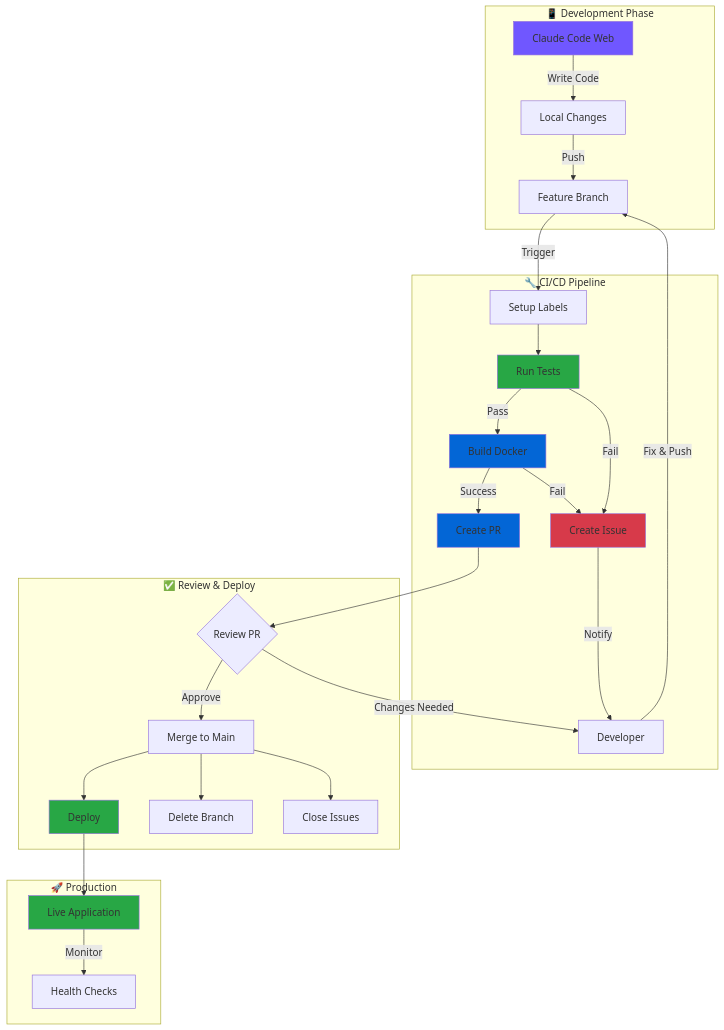
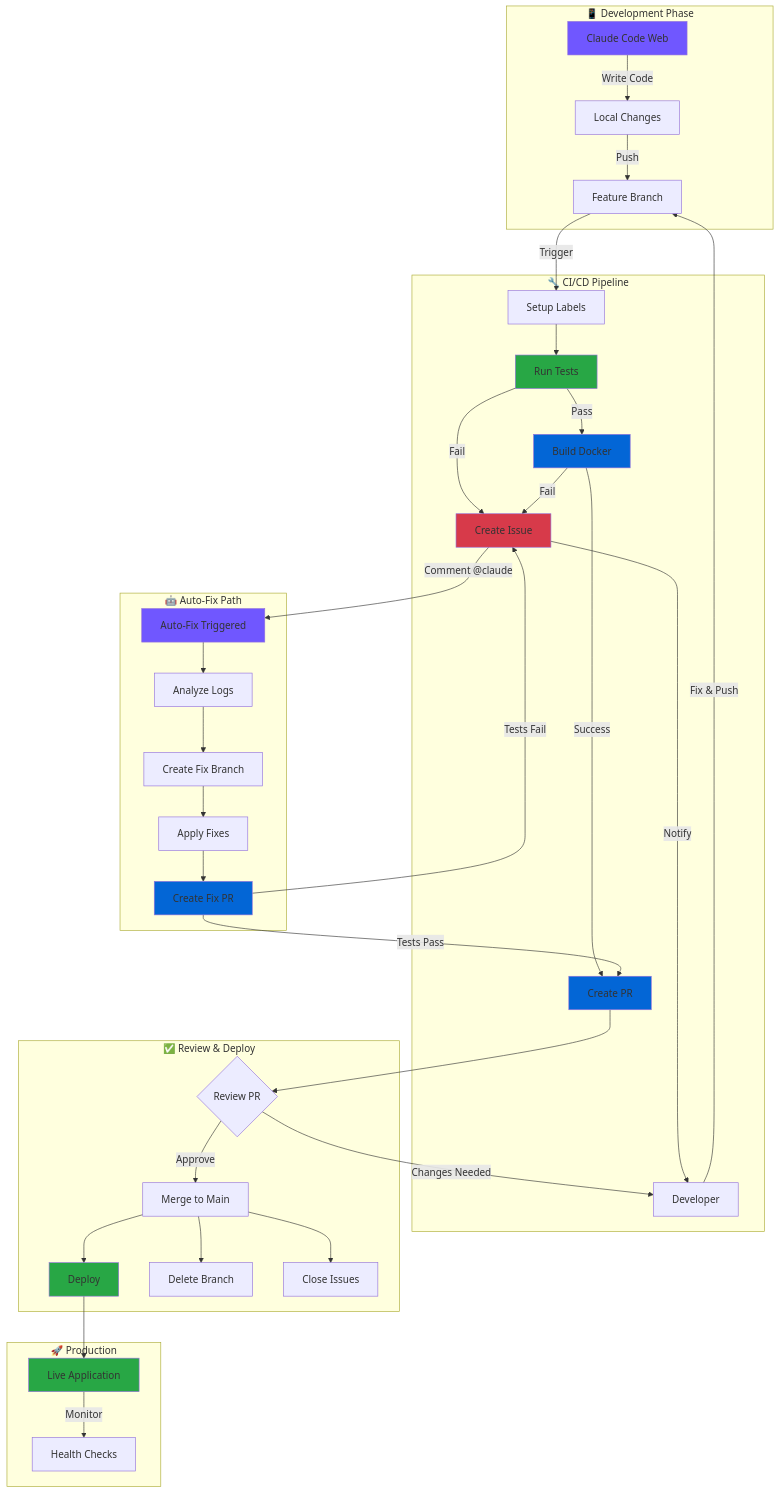
The first of 2 diagrams in README.md (marcmassoteau-jpg/Claude-CI-CD), drawn with Mermaid before and after one commit. The commit also changed other lines of this file and 2 other files, not shown here.

First line of the commit message:
Add @claude auto-fix feature for automatic issue resolution

````diff
--- a/README.md
+++ b/README.md
@@ -99,40 +102,52 @@
 ```mermaid
 graph TB
     subgraph "📱 Development Phase"
         A[Claude Code Web] -->|Write Code| B[Local Changes]
         B -->|Push| C[Feature Branch]
     end
 
     subgraph "🔧 CI/CD Pipeline"
         C -->|Trigger| D[Setup Labels]
         D --> E[Run Tests]
         E -->|Pass| F[Build Docker]
         E -->|Fail| G[Create Issue]
         F -->|Success| H[Create PR]
         F -->|Fail| G
         G -->|Notify| I[Developer]
         I -->|Fix & Push| C
+    end
+
+    subgraph "🤖 Auto-Fix Path"
+        G -->|Comment @claude| Q[Auto-Fix Triggered]
+        Q --> R[Analyze Logs]
+        R --> S[Create Fix Branch]
+        S --> T[Apply Fixes]
+        T --> U[Create Fix PR]
+        U -->|Tests Pass| H
+        U -->|Tests Fail| G
     end
 
     subgraph "✅ Review & Deploy"
         H --> J{Review PR}
         J -->|Approve| K[Merge to Main]
         J -->|Changes Needed| I
         K --> L[Deploy]
         K --> M[Delete Branch]
         K --> N[Close Issues]
     end
 
     subgraph "🚀 Production"
         L --> O[Live Application]
         O -->|Monitor| P[Health Checks]
     end
 
     style A fill:#7057ff
     style E fill:#28a745
     style F fill:#0366d6
     style G fill:#d73a4a
     style H fill:#0366d6
+    style Q fill:#7057ff
+    style U fill:#0366d6
     style L fill:#28a745
     style O fill:#28a745
 ```
````
